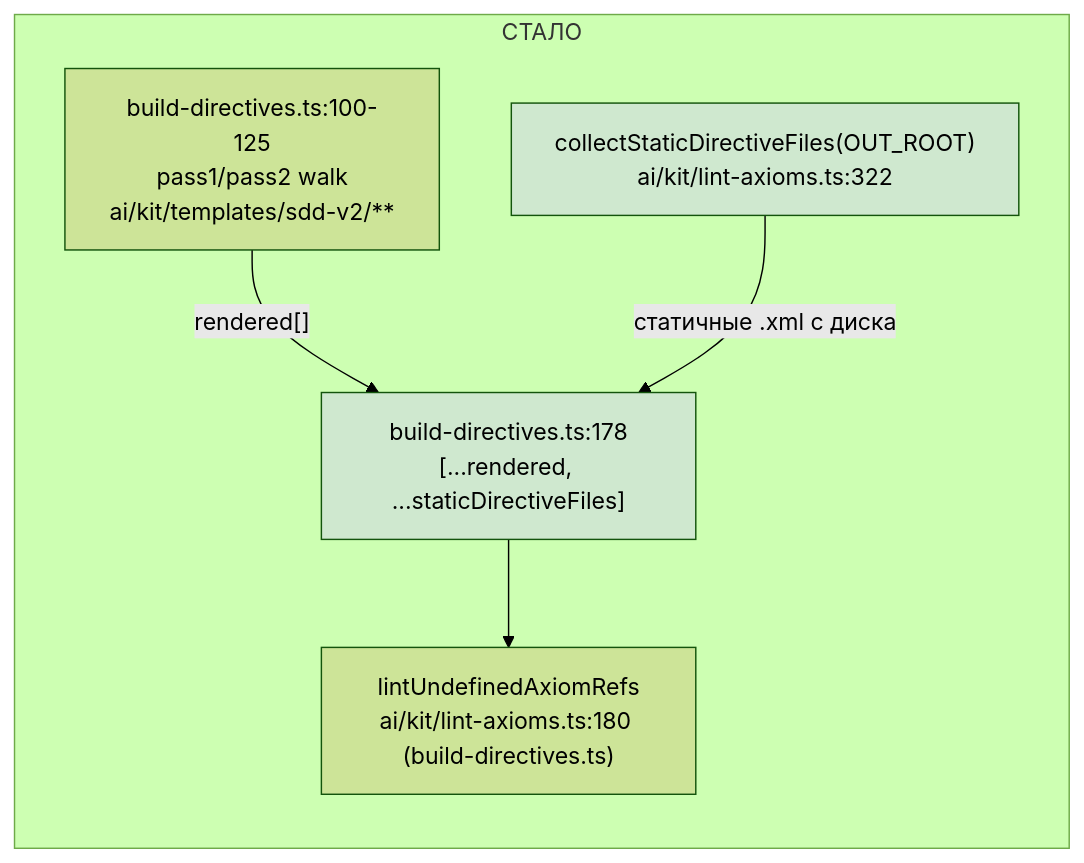
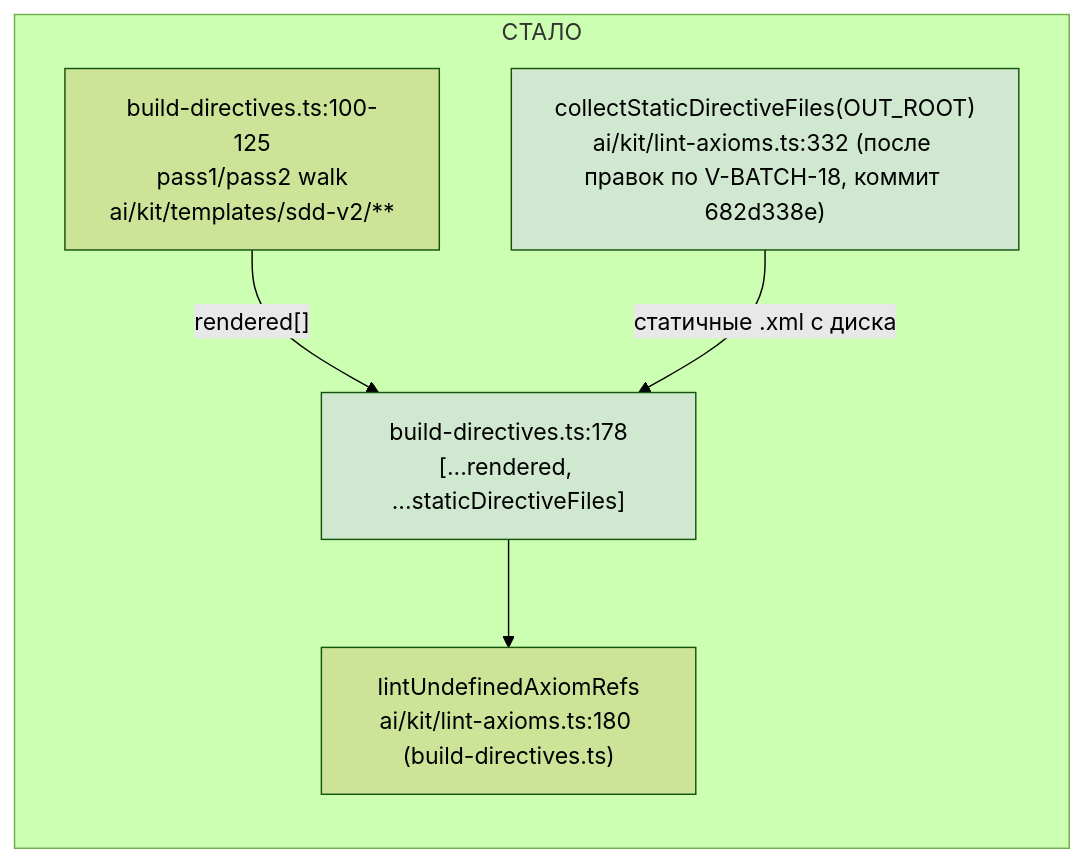
The second of 2 diagrams in ai/drafts/research/sdd-v1-to-v2-transfer/_raw/reports/R-T-B6-24.md (RubaXa/gennady), drawn with Mermaid (forest theme) before and after one commit. The commit also changed other lines of this file and 10 other files, not shown here.

````diff
--- a/ai/drafts/research/sdd-v1-to-v2-transfer/_raw/reports/R-T-B6-24.md
+++ b/ai/drafts/research/sdd-v1-to-v2-transfer/_raw/reports/R-T-B6-24.md
@@ -23,10 +23,10 @@
 ```mermaid
 flowchart LR
   subgraph after["СТАЛО"]
     A1["build-directives.ts:100-125<br/>pass1/pass2 walk<br/>ai/kit/templates/sdd-v2/**"] -->|"rendered[]"| A3["build-directives.ts:178<br/>[...rendered, ...staticDirectiveFiles]"]
-    A2["collectStaticDirectiveFiles(OUT_ROOT)<br/>ai/kit/lint-axioms.ts:322"] -->|"статичные .xml с диска"| A3
+    A2["collectStaticDirectiveFiles(OUT_ROOT)<br/>ai/kit/lint-axioms.ts:332 (после правок по V-BATCH-18, коммит 682d338e)"] -->|"статичные .xml с диска"| A3
     A3 --> A4["lintUndefinedAxiomRefs<br/>ai/kit/lint-axioms.ts:180 (build-directives.ts)"]
     style A2 fill:#cfe8cf
     style A3 fill:#cfe8cf
   end
 ```
````
